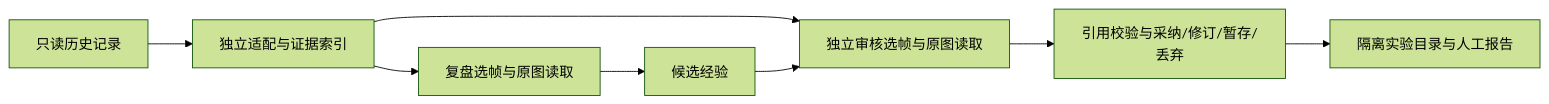
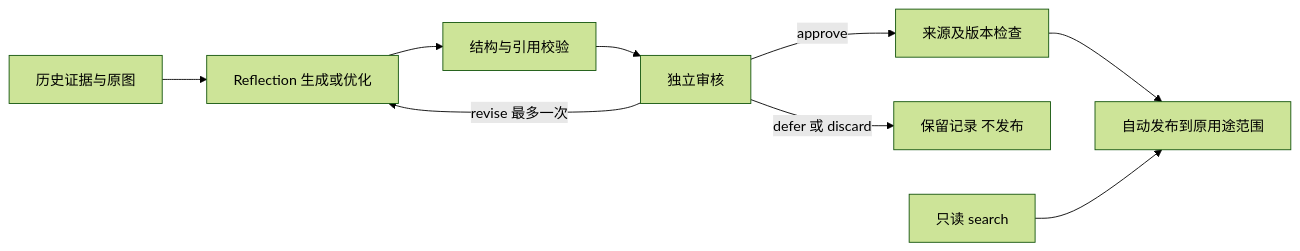
One commit to LZ6years/AeroPilot changed the diagram in plugins/research/flight_experience/README.md. Above: the diagram before and after it, drawn with Mermaid (forest theme). The commit also changed other lines of this file and 31 other files, not shown here.

````diff
--- a/plugins/research/flight_experience/README.md
+++ b/plugins/research/flight_experience/README.md
@@ -7,10 +18,11 @@
 ```mermaid
 flowchart LR
-    A[只读历史记录] --> B[独立适配与证据索引]
-    B --> C[复盘选帧与原图读取]
-    C --> D[候选经验]
-    B --> E[独立审核选帧与原图读取]
-    D --> E
-    E --> F[引用校验与采纳/修订/暂存/丢弃]
-    F --> G[隔离实验目录与人工报告]
+    A[历史证据与原图] --> B[Reflection 生成或优化]
+    B --> C[结构与引用校验]
+    C --> D[独立审核]
+    D -->|approve| E[来源及版本检查]
+    E --> F[自动发布到原用途范围]
+    D -->|revise 最多一次| B
+    D -->|defer 或 discard| G[保留记录 不发布]
+    H[只读 search] --> F
 ```
````
